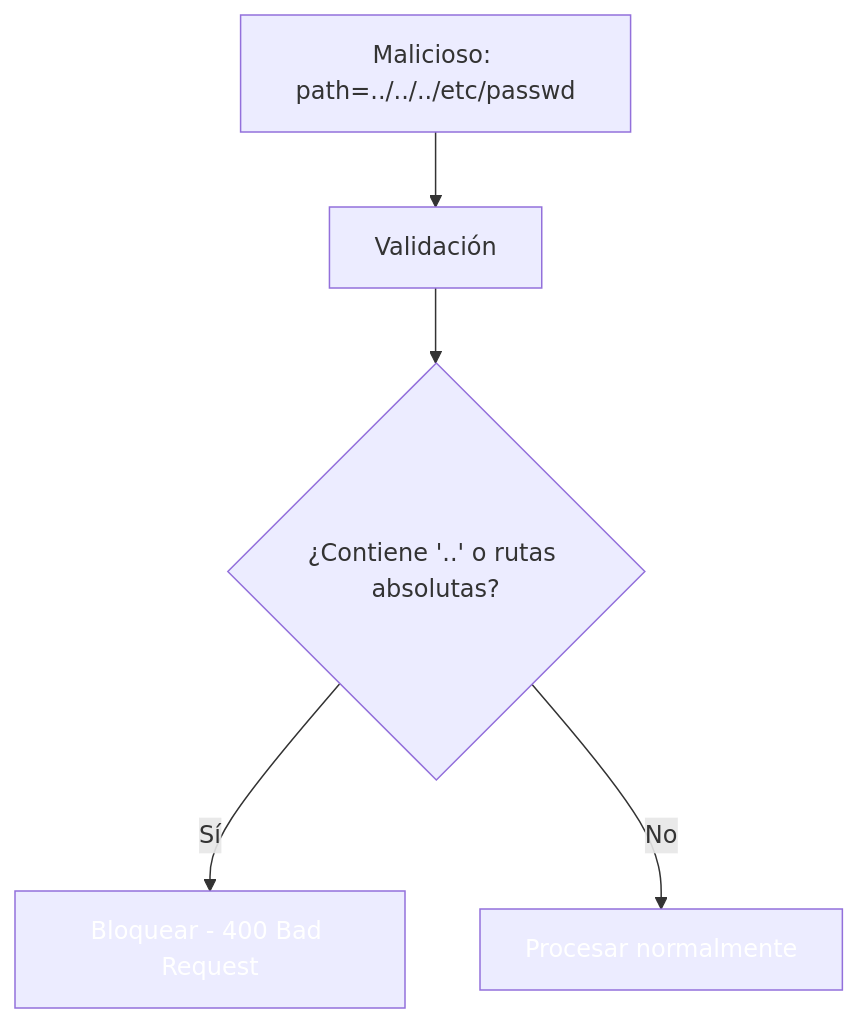
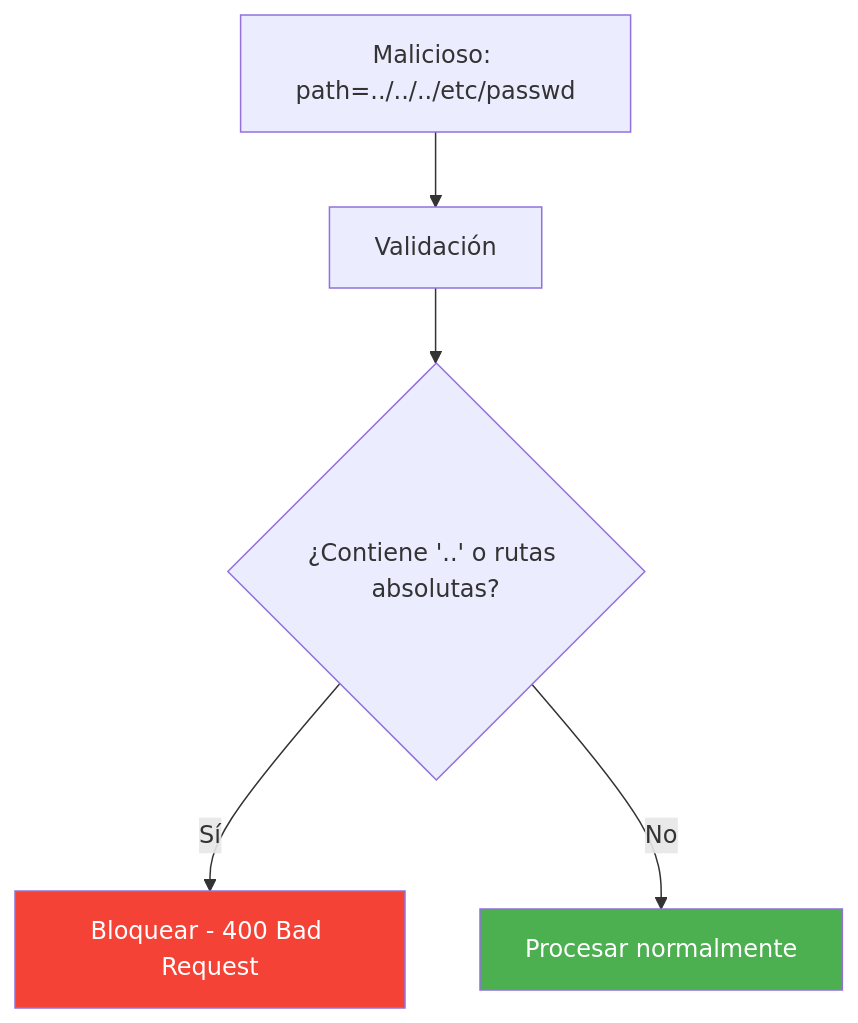
The third of 3 diagrams in 20-file-storage.md (joseluisgs/DesarrolloWebEntornosServidor-02-2026-2027), drawn with Mermaid before and after one commit. The commit also changed other lines of this file and 29 other files, not shown here.

Commit message:
docs: corregir estilos Mermaid y estilo, quitar referencias a la Tienda y reestructurar los retos 13 y 15

````diff
--- a/20-file-storage.md
+++ b/20-file-storage.md
@@ -1093,9 +1093,9 @@
 ```mermaid
 graph TD
     A["Malicioso: path=../../../etc/passwd"] --> B[Validación]
     B --> C{"¿Contiene '..' o rutas absolutas?"}
     C -->|Sí| D[Bloquear - 400 Bad Request]
     C -->|No| E[Procesar normalmente]
-    style D fill:#f4433,color:#fff6,color:#fff
-    style E fill:#4CAF5,color:#fff0,color:#fff
+    style D fill:#f44336,color:#fff
+    style E fill:#4CAF50,color:#fff
 ```
````
